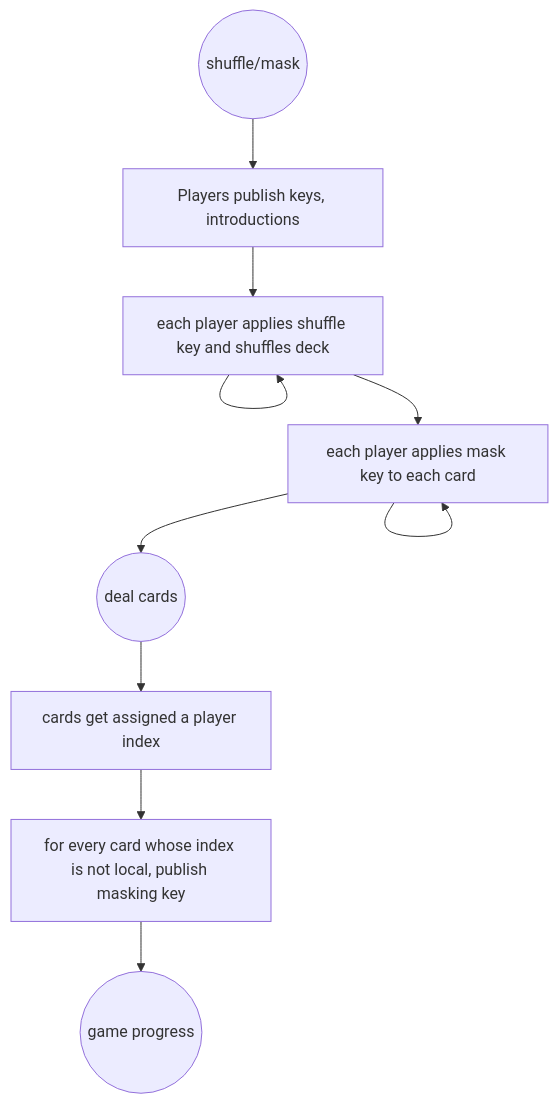
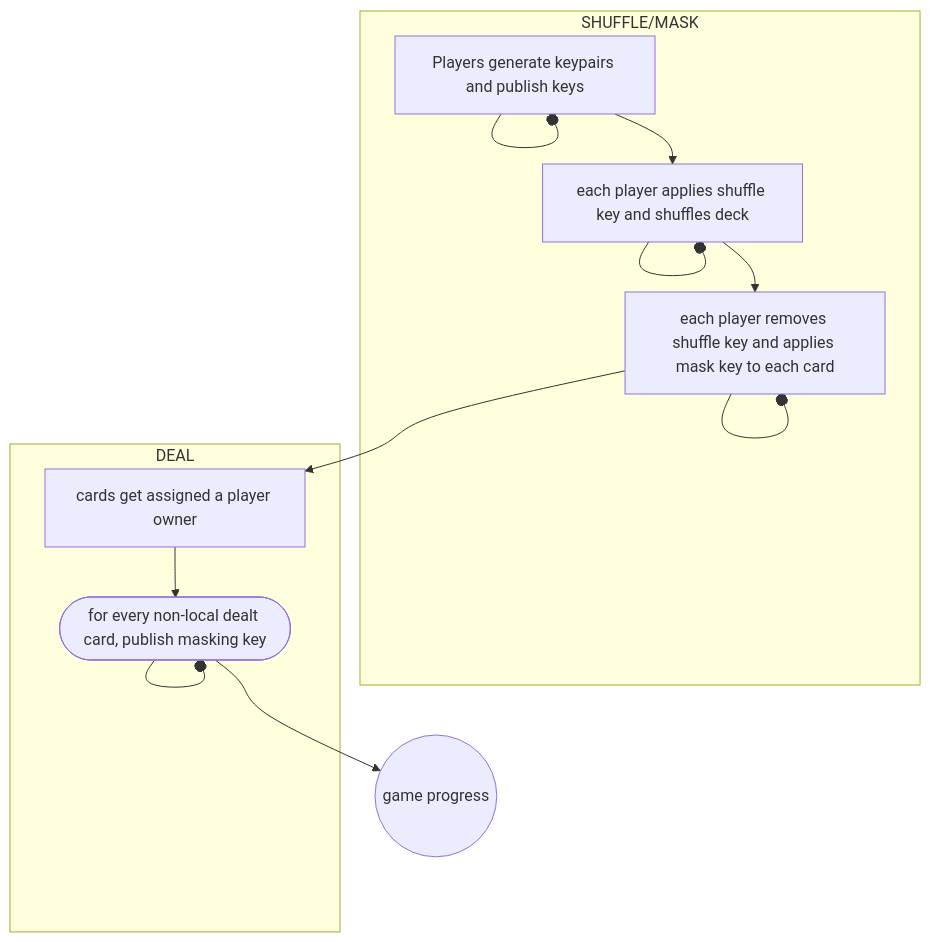
The second of 3 diagrams in docs/state-transitions.md (mirceanis/prove-my-turn), drawn with Mermaid before and after one commit. The commit also changed other lines of this file, not shown here.

````diff
--- a/docs/state-transitions.md
+++ b/docs/state-transitions.md
@@ -5,12 +29,16 @@
 ```mermaid
 graph TD;
-    SHUFFLE-MASK((shuffle/mask))-->introductions[Players publish keys, introductions];
-    introductions-->shuffle[each player applies shuffle key and shuffles deck];
-    shuffle-->shuffle;
-    shuffle-->mask[each player applies mask key to each card];
-    mask-->mask
-    mask-->DEAL((deal cards))
-    DEAL-->cardIndex[cards get assigned a player index];
-    cardIndex-->keyShare[for every card whose index is not local, publish masking key]
+    subgraph SHUFFLE/MASK
+      introductions[Players generate keypairs and publish keys] --o introductions;
+      introductions-->shuffle[each player applies shuffle key and shuffles deck];
+      shuffle --o shuffle;
+      shuffle-->mask[each player removes shuffle key and applies mask key to each card];
+      mask --o mask
+    end
+    mask-->cardIndex[cards get assigned a player owner]
+    subgraph DEAL
+      cardIndex-->keyShare([for every non-local dealt card, publish masking key])
+      keyShare --o keyShare
+    end
     keyShare-->game((game progress))
 ```
````
